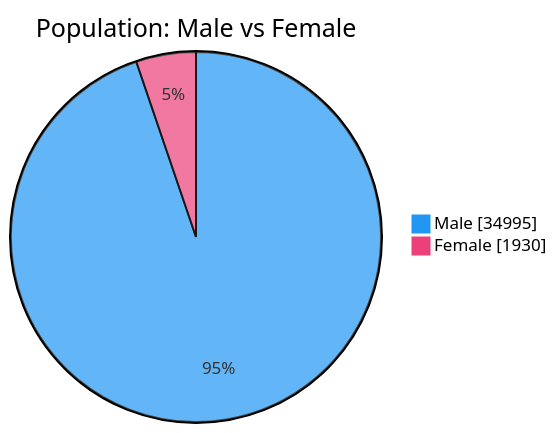
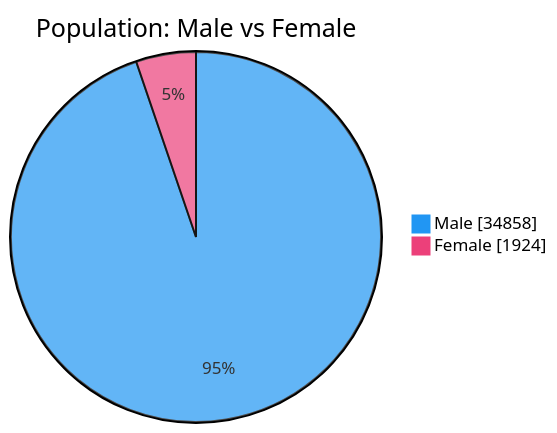
One commit to nuuuwan/lk_prisons changed the second of 7 diagrams in README.md. Above: the diagram before and after it, drawn with Mermaid. The commit also changed other lines of this file and 1 other file, not shown here.

````diff
--- a/README.md
+++ b/README.md
@@ -54,6 +54,6 @@
 ```mermaid
 %%{init: {'themeVariables': {'pie1': '#2196F3', 'pie2': '#EC407A'}}}%%
 pie showData title Population: Male vs Female
-    "Male" : 34995
-    "Female" : 1930
+    "Male" : 34858
+    "Female" : 1924
 ```
````
